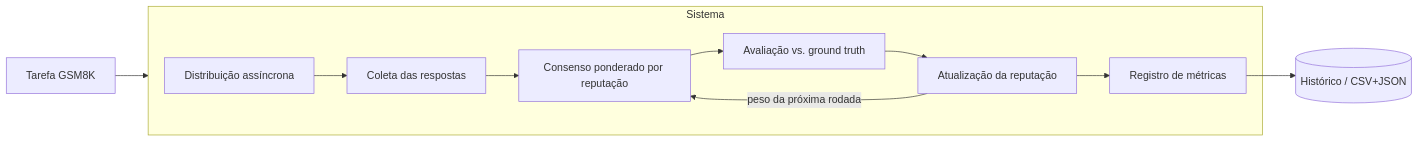
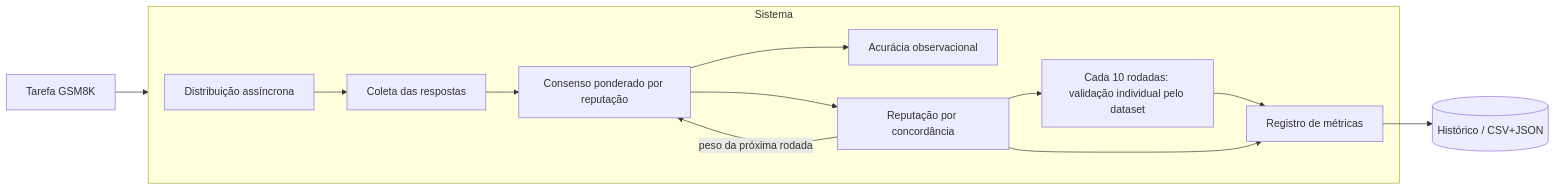
Before and after one commit to LaraCarvalho00/TCC1: the second of 2 diagrams in sistema/README.md, drawn with Mermaid. The commit also changed other lines of this file and 92 other files, not shown here.

Commit message:
Integra validacao por dataset ao calendario fixo da main

````diff
--- a/sistema/README.md
+++ b/sistema/README.md
@@ -127,13 +172,15 @@
 ```mermaid
 graph LR
     T[Tarefa GSM8K] --> S[Sistema]
     subgraph S[Sistema]
         D[Distribuição assíncrona] --> C[Coleta das respostas]
         C --> K[Consenso ponderado por reputação]
-        K --> A[Avaliação vs. ground truth]
-        A --> R[Atualização da reputação]
+        K --> A[Acurácia observacional]
+        K --> R[Reputação por concordância]
+        R --> V[Cada 10 rodadas: validação individual pelo dataset]
+        V --> M[Registro de métricas]
         R --> M[Registro de métricas]
     end
     M --> H[(Histórico / CSV+JSON)]
     R -->|peso da próxima rodada| K
 ```
````
